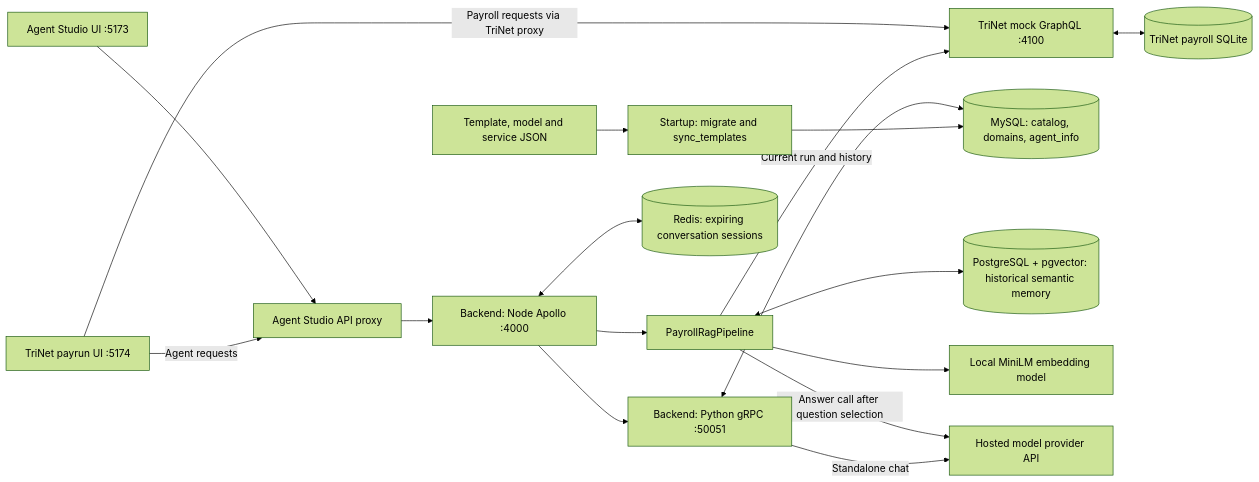
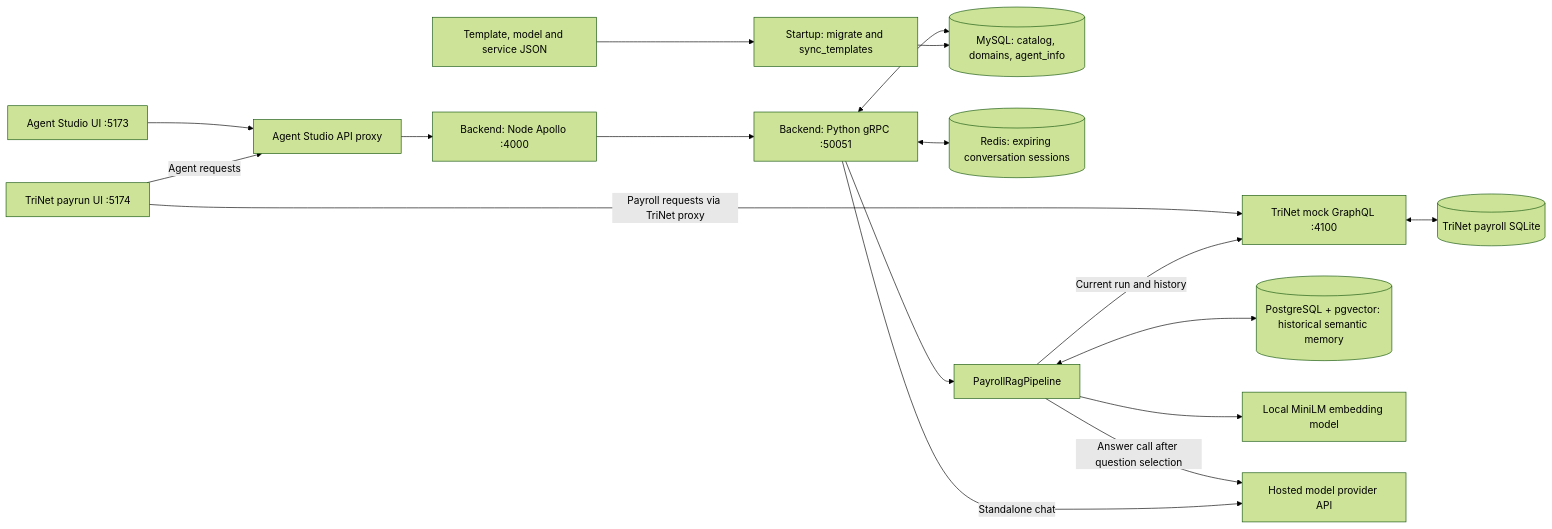
Before and after one commit to Tri-Hackathon-Inc/Payroll-Agent: the second of 3 diagrams in backend/AGENTS.md, drawn with Mermaid (forest theme). The commit also changed other lines of this file and 114 other files, not shown here.

````diff
--- a/backend/AGENTS.md
+++ b/backend/AGENTS.md
@@ -207,19 +207,19 @@
 ```mermaid
 flowchart LR
     Studio["Agent Studio UI :5173"] --> Proxy["Agent Studio API proxy"]
     TriNet["TriNet payrun UI :5174"] -->|Agent requests| Proxy
     TriNet -->|Payroll requests via TriNet proxy| Payroll["TriNet mock GraphQL :4100"]
     Proxy --> Apollo["Backend: Node Apollo :4000"]
     Apollo --> GRPC["Backend: Python gRPC :50051"]
     GRPC <--> DB[("MySQL: catalog, domains, agent_info")]
     Files["Template, model and service JSON"] --> Sync["Startup: migrate and sync_templates"]
     Sync --> DB
-    Apollo <--> Redis[("Redis: expiring conversation sessions")]
-    Apollo --> Pipeline["PayrollRagPipeline"]
+    GRPC <--> Redis[("Redis: expiring conversation sessions")]
+    GRPC --> Pipeline["PayrollRagPipeline"]
     Pipeline -->|Current run and history| Payroll
     Payroll <--> PayrollDB[("TriNet payroll SQLite")]
     Pipeline <--> PG[("PostgreSQL + pgvector: historical semantic memory")]
     Pipeline --> Embed["Local MiniLM embedding model"]
     Pipeline -->|Answer call after question selection| Model["Hosted model provider API"]
     GRPC -->|Standalone chat| Model
 ```
````
